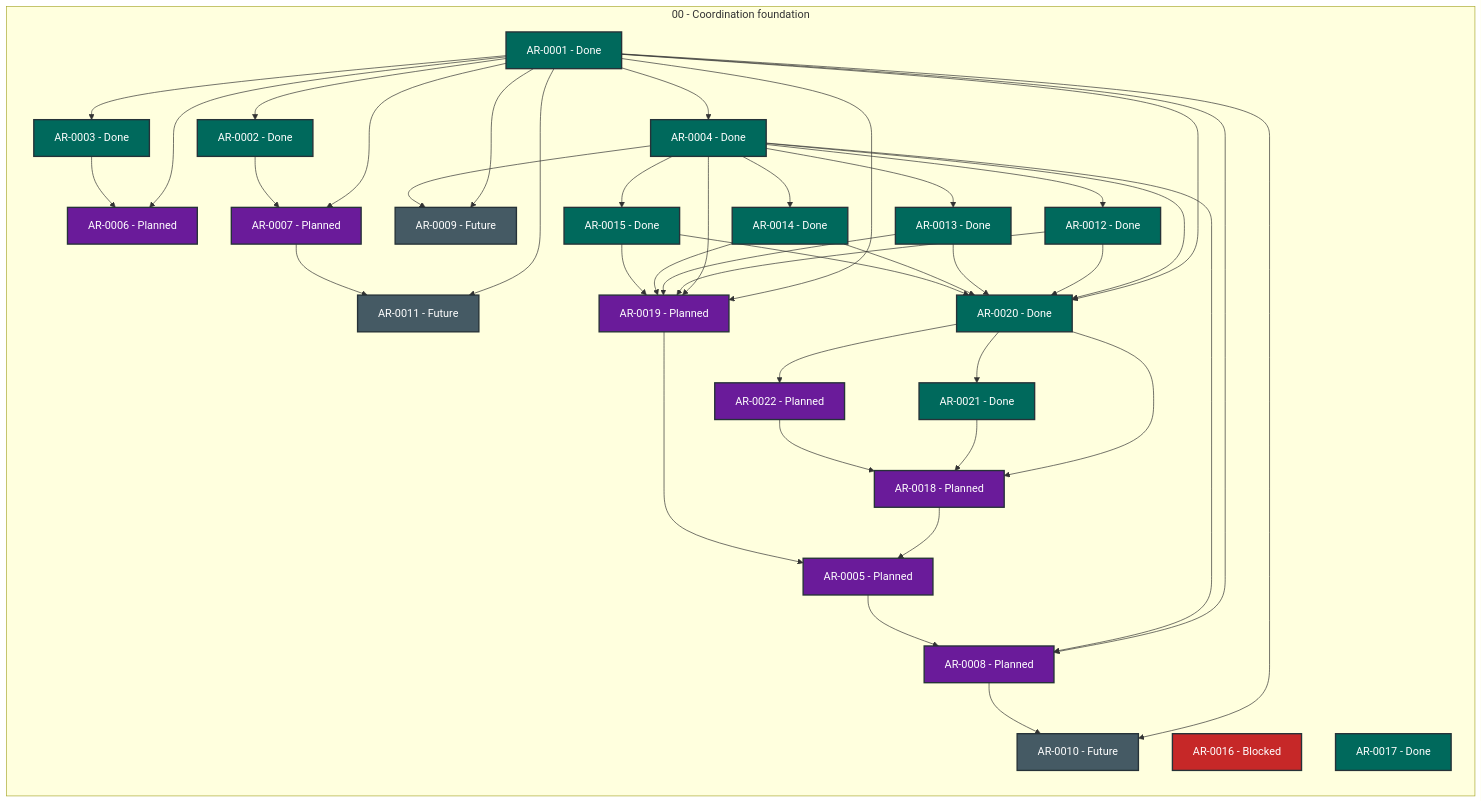
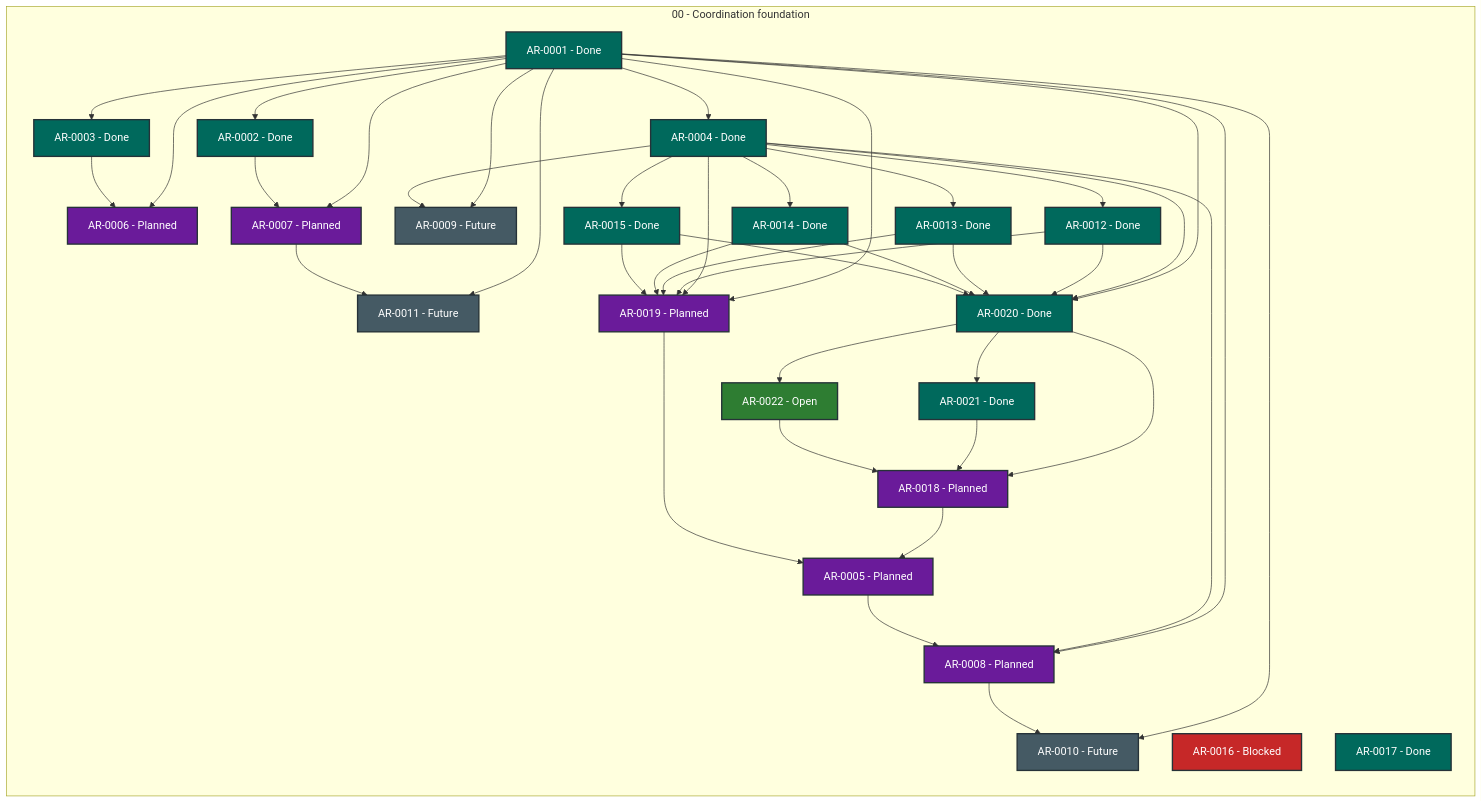
One commit to martin-beck/agent-workflow-quality-state changed the diagram in STATUS.md. Above: the diagram before and after it, drawn with Mermaid. The commit also changed other lines of this file and 2 other files, not shown here.

````diff
--- a/STATUS.md
+++ b/STATUS.md
@@ -27,75 +27,75 @@
 ```mermaid
 flowchart LR
     subgraph series_00["00 - Coordination foundation"]
         direction TB
         AR_0001["AR-0001 - Done"]:::status_done
         AR_0002["AR-0002 - Done"]:::status_done
         AR_0003["AR-0003 - Done"]:::status_done
         AR_0004["AR-0004 - Done"]:::status_done
         AR_0005["AR-0005 - Planned"]:::status_planned
         AR_0006["AR-0006 - Planned"]:::status_planned
         AR_0007["AR-0007 - Planned"]:::status_planned
         AR_0008["AR-0008 - Planned"]:::status_planned
         AR_0009["AR-0009 - Future"]:::status_future
         AR_0010["AR-0010 - Future"]:::status_future
         AR_0011["AR-0011 - Future"]:::status_future
         AR_0012["AR-0012 - Done"]:::status_done
         AR_0013["AR-0013 - Done"]:::status_done
         AR_0014["AR-0014 - Done"]:::status_done
         AR_0015["AR-0015 - Done"]:::status_done
         AR_0016["AR-0016 - Blocked"]:::status_blocked
         AR_0017["AR-0017 - Done"]:::status_done
         AR_0018["AR-0018 - Planned"]:::status_planned
         AR_0019["AR-0019 - Planned"]:::status_planned
         AR_0020["AR-0020 - Done"]:::status_done
         AR_0021["AR-0021 - Done"]:::status_done
-        AR_0022["AR-0022 - Planned"]:::status_planned
+        AR_0022["AR-0022 - Open"]:::status_open
     end
     AR_0001 --> AR_0002
     AR_0001 --> AR_0003
     AR_0001 --> AR_0004
     AR_0001 --> AR_0006
     AR_0001 --> AR_0007
     AR_0001 --> AR_0008
     AR_0001 --> AR_0009
     AR_0001 --> AR_0010
     AR_0001 --> AR_0011
     AR_0001 --> AR_0019
     AR_0001 --> AR_0020
     AR_0002 --> AR_0007
     AR_0003 --> AR_0006
     AR_0004 --> AR_0008
     AR_0004 --> AR_0009
     AR_0004 --> AR_0012
     AR_0004 --> AR_0013
     AR_0004 --> AR_0014
     AR_0004 --> AR_0015
     AR_0004 --> AR_0019
     AR_0004 --> AR_0020
     AR_0005 --> AR_0008
     AR_0007 --> AR_0011
     AR_0008 --> AR_0010
     AR_0012 --> AR_0019
     AR_0012 --> AR_0020
     AR_0013 --> AR_0019
     AR_0013 --> AR_0020
     AR_0014 --> AR_0019
     AR_0014 --> AR_0020
     AR_0015 --> AR_0019
     AR_0015 --> AR_0020
     AR_0018 --> AR_0005
     AR_0019 --> AR_0005
     AR_0020 --> AR_0018
     AR_0020 --> AR_0021
     AR_0020 --> AR_0022
     AR_0021 --> AR_0018
     AR_0022 --> AR_0018
     classDef status_in_progress fill:#1565c0,color:#ffffff,stroke:#263238,stroke-width:2px
     classDef status_open fill:#2e7d32,color:#ffffff,stroke:#263238,stroke-width:2px
     classDef status_blocked fill:#c62828,color:#ffffff,stroke:#263238,stroke-width:2px
     classDef status_planned fill:#6a1b9a,color:#ffffff,stroke:#263238,stroke-width:2px
     classDef status_future fill:#455a64,color:#ffffff,stroke:#263238,stroke-width:2px
     classDef status_done fill:#00695c,color:#ffffff,stroke:#263238,stroke-width:2px
     classDef status_cancelled fill:#616161,color:#ffffff,stroke:#263238,stroke-width:2px
     classDef status_superseded fill:#5d4037,color:#ffffff,stroke:#263238,stroke-width:2px
 ```
````
